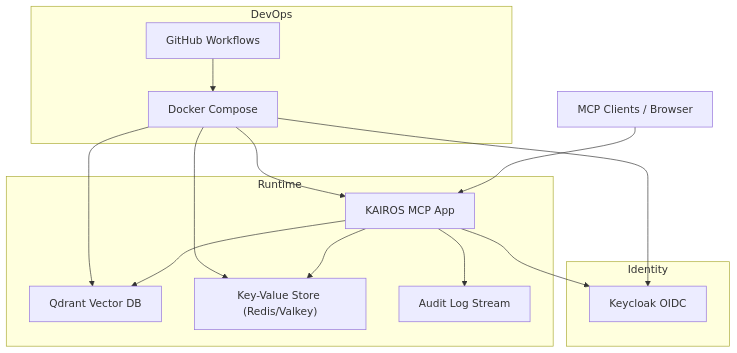
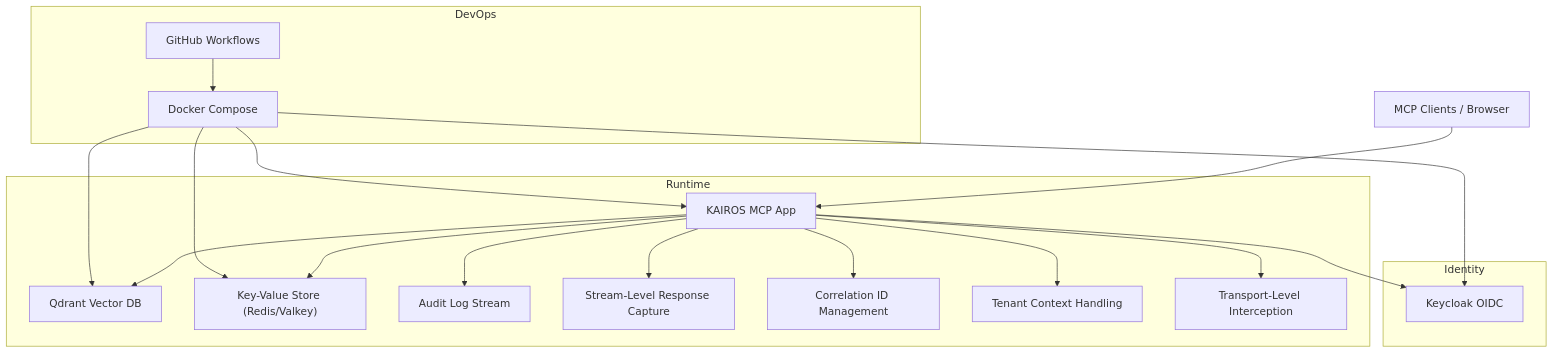
The first of 5 diagrams in .qoder/repowiki/en/content/Security Considerations.md (debian777/kairos-mcp), drawn with Mermaid before and after one commit. The commit also changed other lines of this file and 24 other files, not shown here.

First line of the commit message:
fix(audit): capture response at transport.send() level

````diff
--- a/.qoder/repowiki/en/content/Security Considerations.md
+++ b/.qoder/repowiki/en/content/Security Considerations.md
@@ -60,26 +59,34 @@
 ```mermaid
 graph TB
 subgraph "Runtime"
 APP["KAIROS MCP App"]
 QDRANT["Qdrant Vector DB"]
 KV["Key-Value Store (Redis/Valkey)"]
 AUDIT["Audit Log Stream"]
+RESPONSE_CAPTURE["Stream-Level Response Capture"]
+CORRELATION["Correlation ID Management"]
+TENANT_CONTEXT["Tenant Context Handling"]
+TRANSPORT_INTERCEPT["Transport-Level Interception"]
 end
 subgraph "Identity"
 KEYCLOAK["Keycloak OIDC"]
 end
 subgraph "DevOps"
 DOCKER["Docker Compose"]
 GH["GitHub Workflows"]
 end
 CLIENT["MCP Clients / Browser"] --> APP
 APP --> QDRANT
 APP --> KV
 APP --> AUDIT
+APP --> RESPONSE_CAPTURE
+APP --> CORRELATION
+APP --> TENANT_CONTEXT
+APP --> TRANSPORT_INTERCEPT
 APP --> KEYCLOAK
 DOCKER --> APP
 DOCKER --> QDRANT
 DOCKER --> KV
 DOCKER --> KEYCLOAK
 GH --> DOCKER
 ```
````
